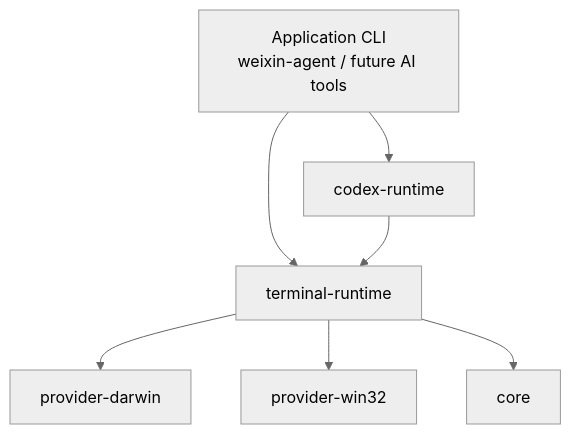
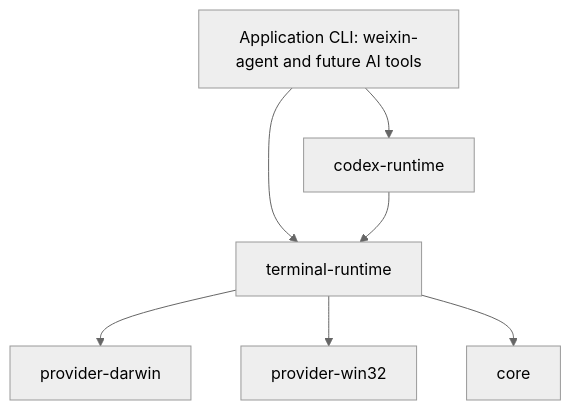
Before and after one commit to duo121/metacli: the first of 2 diagrams in README.md, drawn with Mermaid (neutral theme). The commit also changed other lines of this file and 34 other files, not shown here.

````diff
--- a/README.md
+++ b/README.md
@@ -19,9 +19,9 @@
 ```mermaid
 flowchart TD
-  A["Application CLI<br/>weixin-agent / future AI tools"] --> B["codex-runtime"]
-  A --> C["terminal-runtime"]
-  B --> C
-  C --> D["provider-darwin"]
-  C --> E["provider-win32"]
-  C --> F["core"]
+  app["Application CLI: weixin-agent and future AI tools"] --> codex["codex-runtime"]
+  app --> runtime["terminal-runtime"]
+  codex --> runtime
+  runtime --> darwin["provider-darwin"]
+  runtime --> win32["provider-win32"]
+  runtime --> core["core"]
 ```
````
